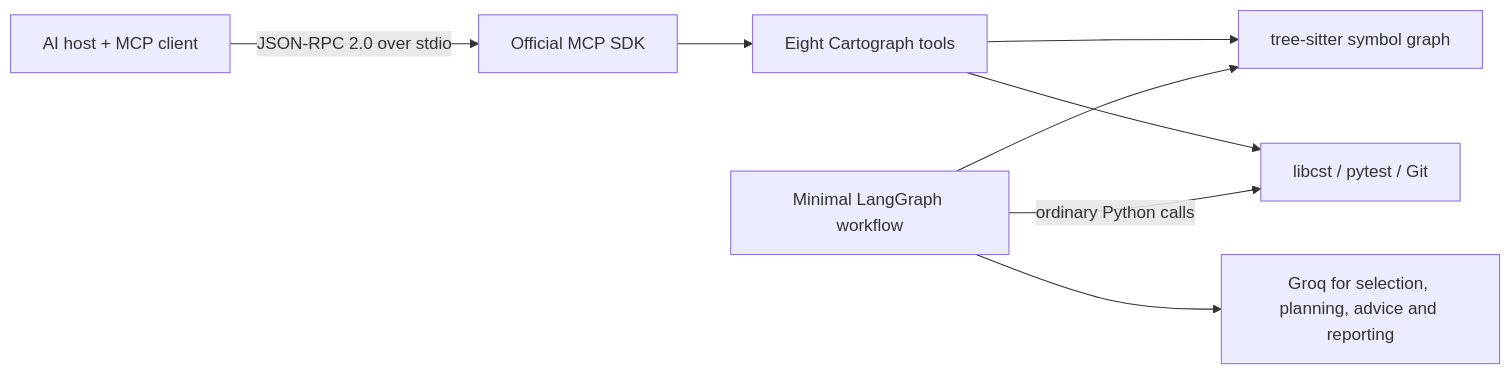
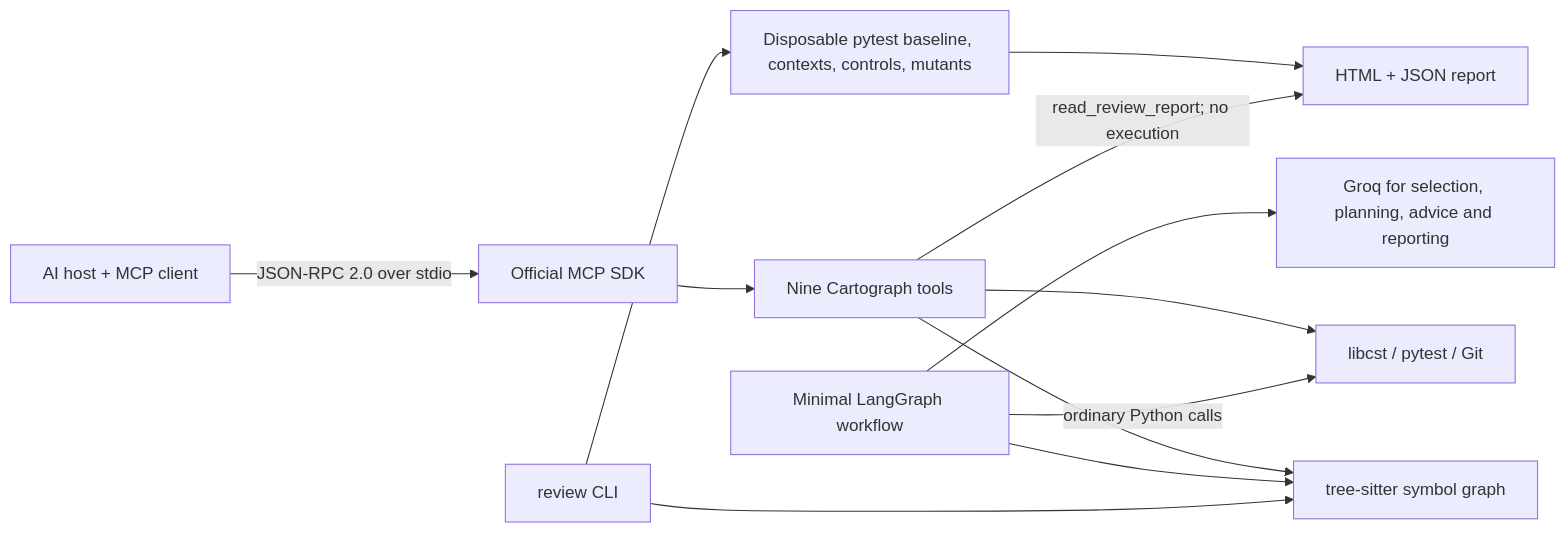
Before and after one commit to HetSarsava/Cartograph: the diagram in docs/architecture.md, drawn with Mermaid. The commit also changed other lines of this file and 23 other files, not shown here.

````diff
--- a/docs/architecture.md
+++ b/docs/architecture.md
@@ -6,10 +7,14 @@
 ```mermaid
 flowchart LR
     Host["AI host + MCP client"] -->|"JSON-RPC 2.0 over stdio"| SDK["Official MCP SDK"]
-    SDK --> Tools["Eight Cartograph tools"]
+    SDK --> Tools["Nine Cartograph tools"]
     Tools --> Index["tree-sitter symbol graph"]
     Tools --> Actions["libcst / pytest / Git"]
     Workflow["Minimal LangGraph workflow"] -->|"ordinary Python calls"| Actions
     Workflow --> Index
     Workflow --> Groq["Groq for selection, planning, advice and reporting"]
+    Review["review CLI"] --> Index
+    Review --> Evidence["Disposable pytest baseline, contexts, controls, mutants"]
+    Evidence --> Report["HTML + JSON report"]
+    Tools -->|"read_review_report; no execution"| Report
 ```
````
